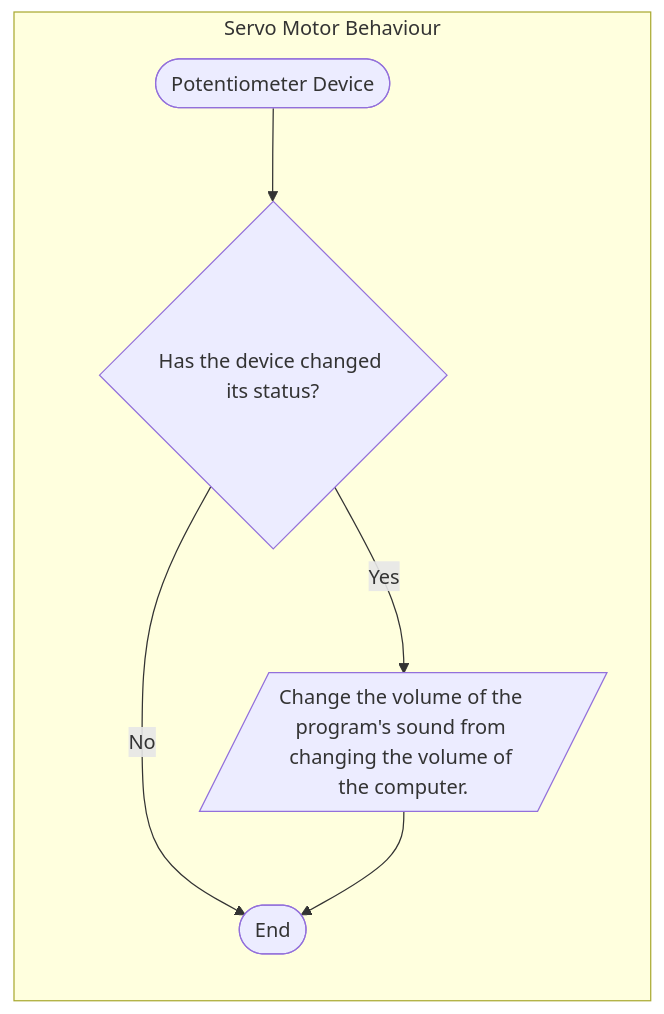
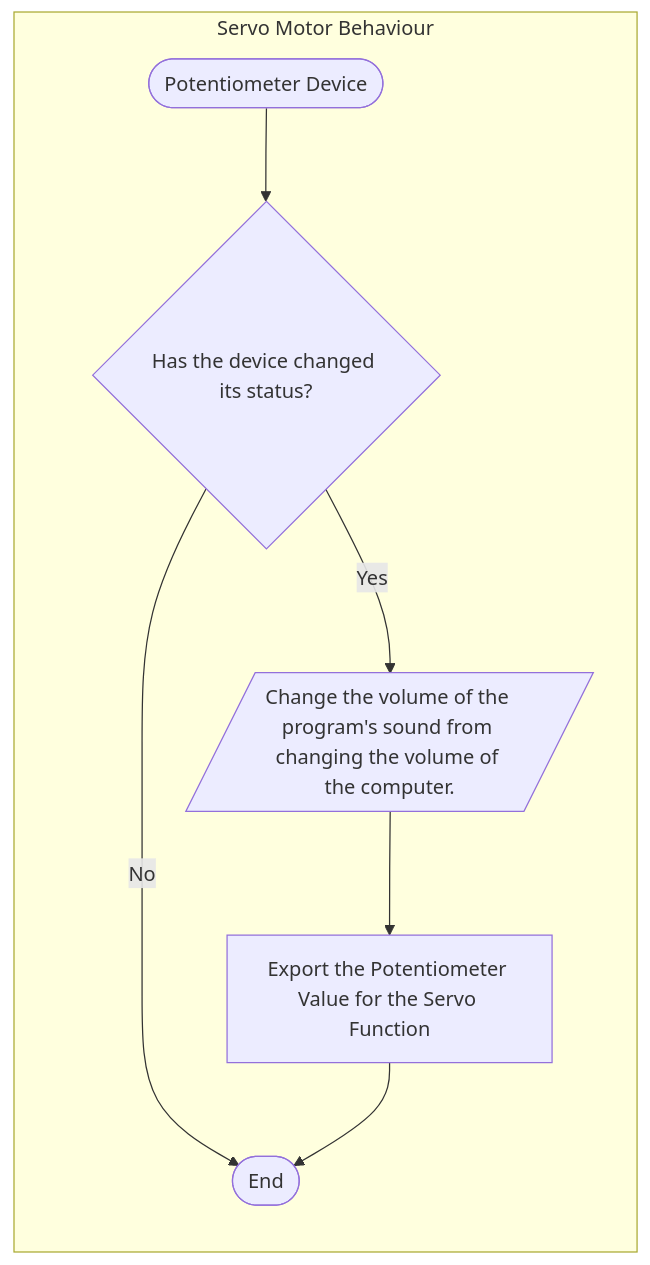
The eighth of 10 diagrams in logic.md (Camasaurus/0157863-SmartDevice2023), drawn with Mermaid before and after one commit. The commit also changed other lines of this file and 2 other files, not shown here.

````diff
--- a/logic.md
+++ b/logic.md
@@ -121,14 +157,16 @@
 ```mermaid
 flowchart LR
     start([Potentiometer Device])
     determineStatus{Has the device changed its status?}
     newStatus[/Change the volume of the program's sound from changing the volume of the computer./]
+    exportPotentiometerForServo[Export the Potentiometer Value for the Servo Function]
     finish([End])
 
     subgraph Servo Motor Behaviour
     start-->determineStatus
     determineStatus-->|Yes|newStatus
+    newStatus-->exportPotentiometerForServo
     determineStatus-->|No|finish
-    newStatus-->finish
+    exportPotentiometerForServo-->finish
     end
 ```
````
